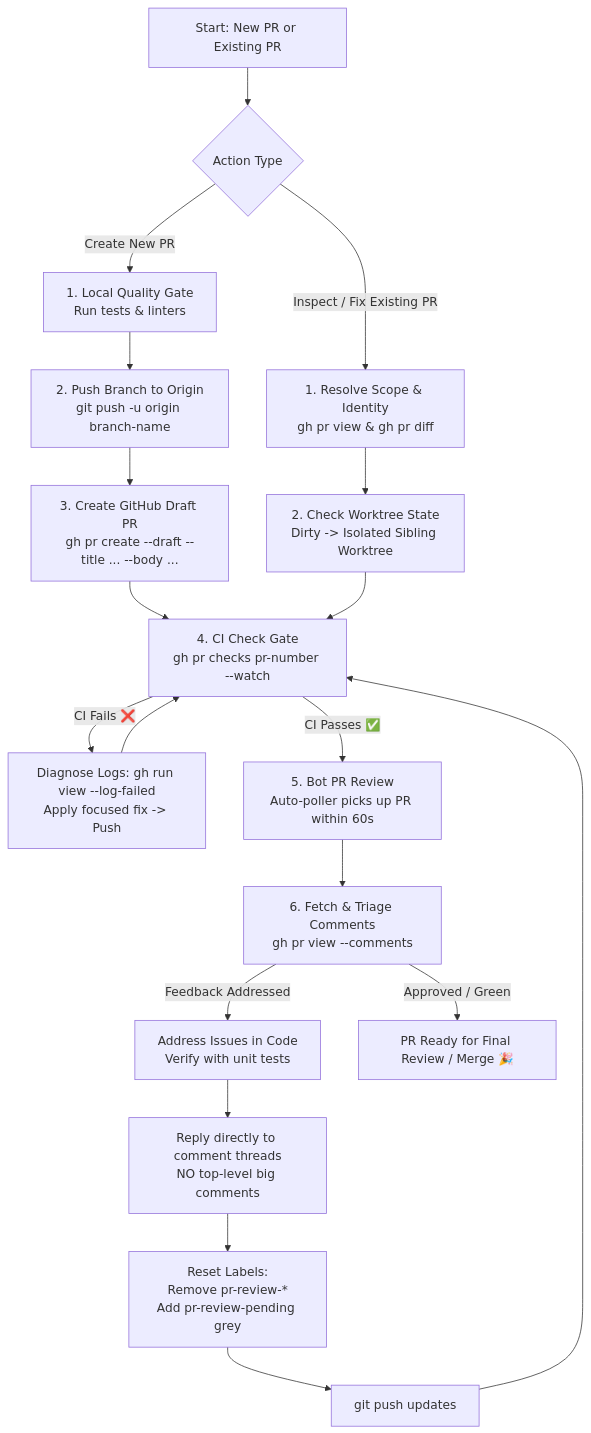
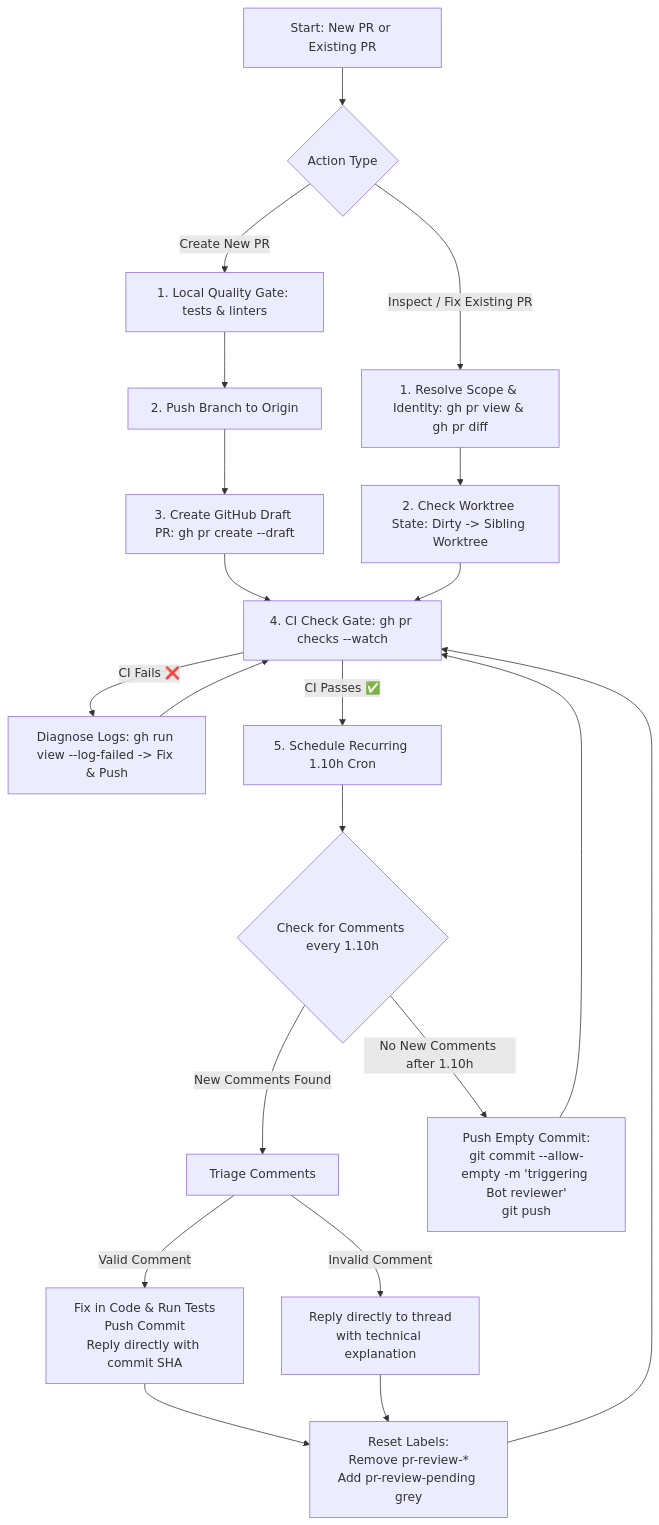
One commit to sohaibharraoui/My-Skills changed the diagram in creating-pr/SKILL.md. Above: the diagram before and after it, drawn with Mermaid. The commit also changed other lines of this file and 42 other files, not shown here.

````diff
--- a/creating-pr/SKILL.md
+++ b/creating-pr/SKILL.md
@@ -113,40 +132,36 @@
 ```mermaid
 flowchart TD
     A[Start: New PR or Existing PR] --> B{Action Type}
     
-    B -->|Create New PR| C1[1. Local Quality Gate
-Run tests & linters]
-    C1 --> C2[2. Push Branch to Origin
-git push -u origin branch-name]
-    C2 --> C3[3. Create GitHub Draft PR
-gh pr create --draft --title ... --body ...]
-    C3 --> D[4. CI Check Gate
-gh pr checks pr-number --watch]
+    B -->|Create New PR| C1[1. Local Quality Gate: tests & linters]
+    C1 --> C2[2. Push Branch to Origin]
+    C2 --> C3[3. Create GitHub Draft PR: gh pr create --draft]
+    C3 --> D[4. CI Check Gate: gh pr checks --watch]
     
-    B -->|Inspect / Fix Existing PR| E1[1. Resolve Scope & Identity
-gh pr view & gh pr diff]
-    E1 --> E2[2. Check Worktree State
-Dirty -> Isolated Sibling Worktree]
+    B -->|Inspect / Fix Existing PR| E1[1. Resolve Scope & Identity: gh pr view & gh pr diff]
+    E1 --> E2[2. Check Worktree State: Dirty -> Sibling Worktree]
     E2 --> D
     
-    D -->|CI Fails ❌| F1[Diagnose Logs: gh run view --log-failed
-Apply focused fix -> Push]
+    D -->|CI Fails ❌| F1[Diagnose Logs: gh run view --log-failed -> Fix & Push]
     F1 --> D
     
-    D -->|CI Passes ✅| G[5. Bot PR Review
-Auto-poller picks up PR within 60s]
-    G --> H[6. Fetch & Triage Comments
-gh pr view --comments]
+    D -->|CI Passes ✅| S1[5. Schedule Recurring 1.10h Cron]
+    S1 --> G{Check for Comments every 1.10h}
     
-    H -->|Feedback Addressed| I1[Address Issues in Code
-Verify with unit tests]
-    I1 --> I2[Reply directly to comment threads
-NO top-level big comments]
-    I2 --> I3[Reset Labels:
+    G -->|New Comments Found| H[Triage Comments]
+    H -->|Valid Comment| I1[Fix in Code & Run Tests
+Push Commit
+Reply directly with commit SHA]
+    H -->|Invalid Comment| I2[Reply directly to thread
+with technical explanation]
+    I1 --> I3[Reset Labels:
 Remove pr-review-*
 Add pr-review-pending grey]
-    I3 --> I4[git push updates]
-    I4 --> D
+    I2 --> I3
+    I3 --> D
     
-    H -->|Approved / Green| J[PR Ready for Final Review / Merge 🎉]
+    G -->|No New Comments after 1.10h| T1[Push Empty Commit:
+git commit --allow-empty -m 'triggering Bot reviewer'
+git push]
+    T1 --> D
 ```
````
